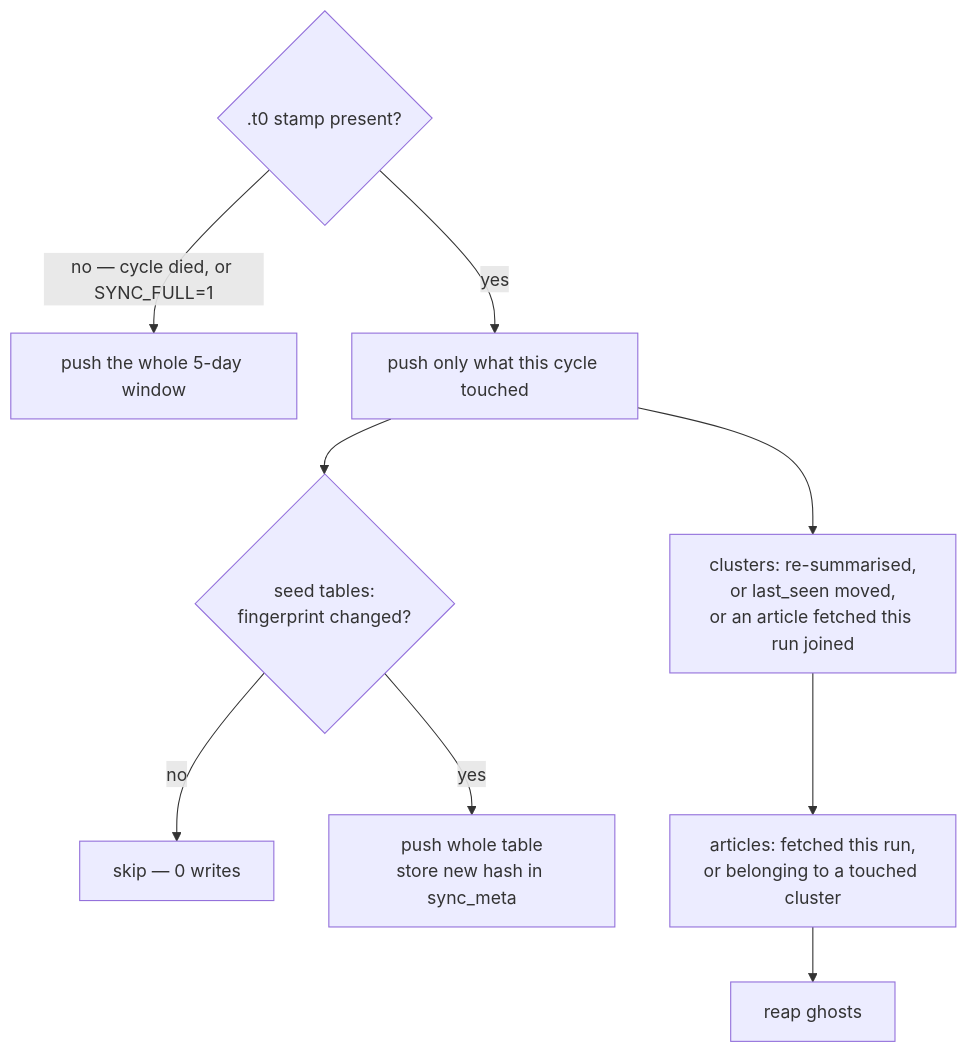
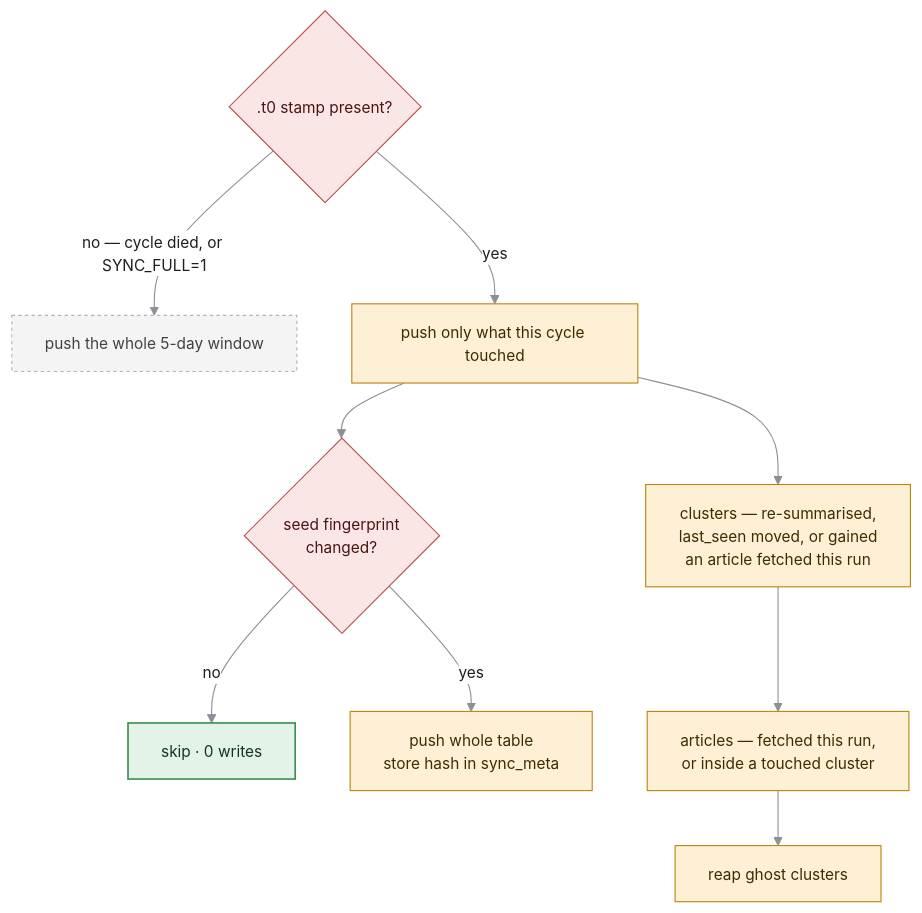
One commit to nvkudva/Smart-News changed the fourth of 5 diagrams in ARCHITECTURE.md. Above: the diagram before and after it, drawn with Mermaid. The commit also changed other lines of this file, not shown here.

First line of the commit message:
Give the diagrams a palette that survives both GitHub themes

````diff
--- a/ARCHITECTURE.md
+++ b/ARCHITECTURE.md
@@ -98,11 +119,22 @@
 ```mermaid
-flowchart TD
-  T{".t0 stamp present?"} -->|no — cycle died, or SYNC_FULL=1| FULL[push the whole 5-day window]
-  T -->|yes| INC[push only what this cycle touched]
-  INC --> SEED{seed tables:<br/>fingerprint changed?}
-  SEED -->|no| SKIP[skip — 0 writes]
-  SEED -->|yes| PUSHSEED[push whole table<br/>store new hash in sync_meta]
-  INC --> TOUCH[clusters: re-summarised,<br/>or last_seen moved,<br/>or an article fetched this run joined]
-  TOUCH --> ART[articles: fetched this run,<br/>or belonging to a touched cluster]
-  ART --> REAP[reap ghosts]
+%%{init: {'theme':'base','themeVariables':{'fontFamily':'ui-sans-serif, system-ui, sans-serif','fontSize':'14px','lineColor':'#8a8f98','primaryTextColor':'#1b1f23','edgeLabelBackground':'#ffffff'}}}%%
+flowchart TB
+  T{.t0 stamp present?}:::gate
+  T -->|no — cycle died, or SYNC_FULL=1| FULL[push the whole 5-day window]:::scratch
+  T -->|yes| INC[push only what this cycle touched]:::runner
+
+  INC --> SEED{seed fingerprint<br/>changed?}:::gate
+  SEED -->|no| SKIP[skip · 0 writes]:::store
+  SEED -->|yes| PUSHSEED[push whole table<br/>store hash in sync_meta]:::runner
+
+  INC --> TOUCH[clusters — re-summarised,<br/>last_seen moved, or gained<br/>an article fetched this run]:::runner
+  TOUCH --> ART[articles — fetched this run,<br/>or inside a touched cluster]:::runner
+  ART --> REAP[reap ghost clusters]:::runner
+
+  classDef ext fill:#eceff1,stroke:#78909c,color:#263238
+  classDef runner fill:#fdf0d5,stroke:#b8860b,color:#3d2c00
+  classDef cloud fill:#e3f0fb,stroke:#2c6fad,color:#10314d
+  classDef store fill:#e4f3e7,stroke:#3f8f52,stroke-width:1.5px,color:#14361f
+  classDef gate fill:#fbe6e6,stroke:#b5504f,color:#4a1414
+  classDef scratch fill:#f4f4f5,stroke:#b0b4ba,color:#3f4145,stroke-dasharray:3 3
 ```
````
